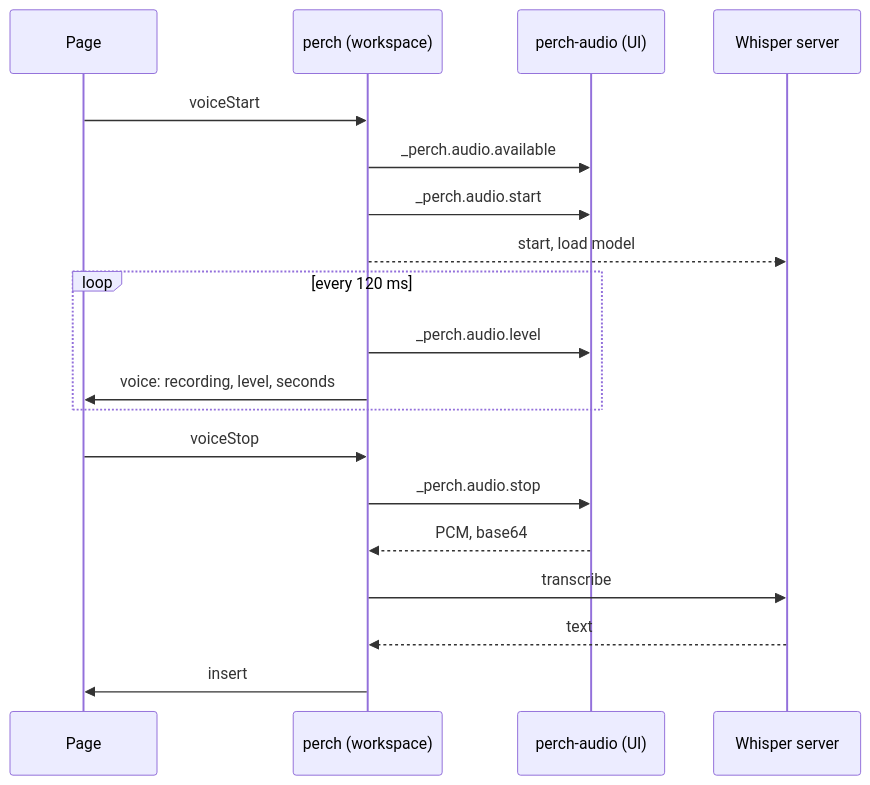
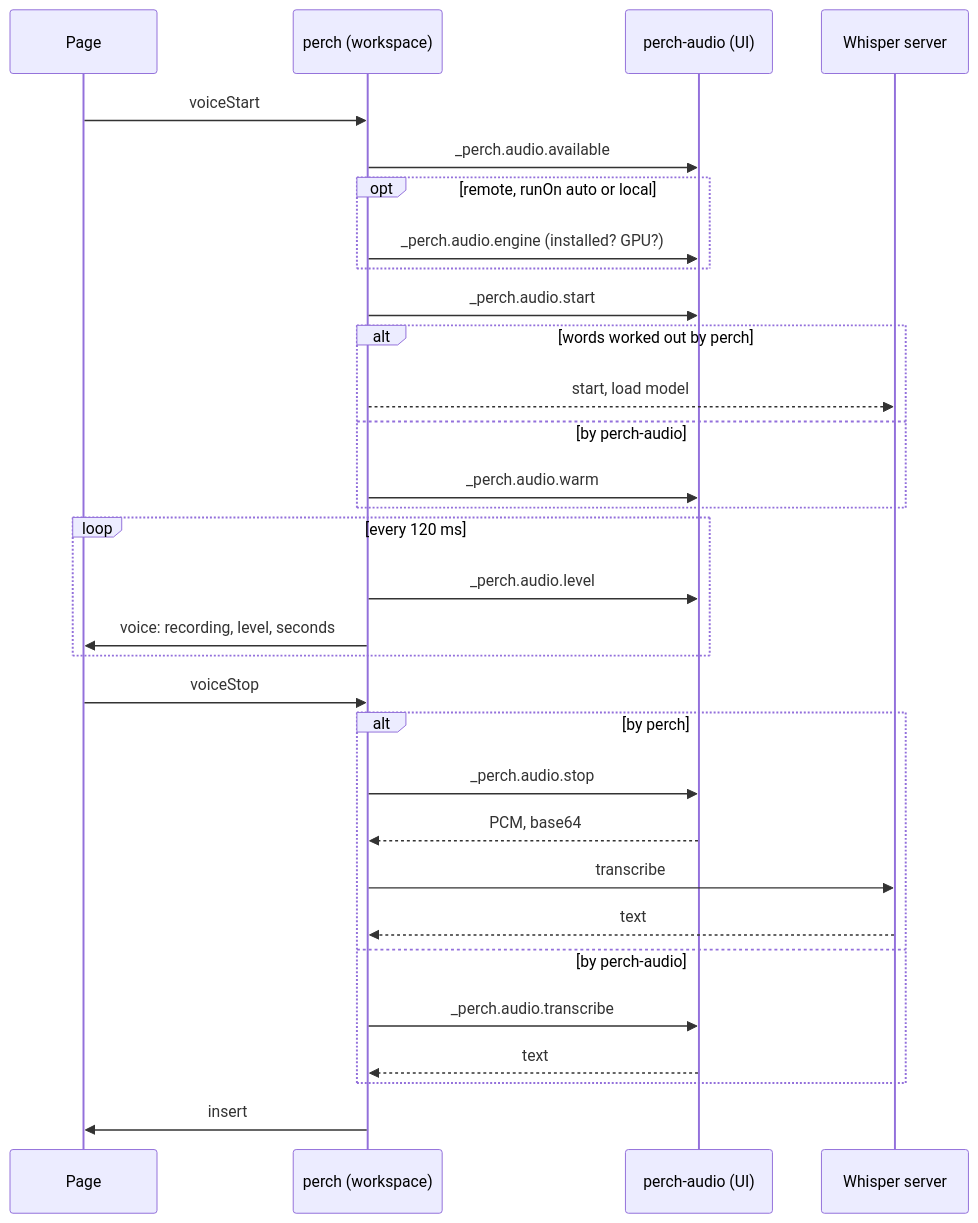
The second of 2 diagrams in design.md (seanahn/perch), drawn with Mermaid before and after one commit. The commit also changed other lines of this file and 26 other files, not shown here.

````diff
--- a/design.md
+++ b/design.md
@@ -717,21 +733,33 @@
 ```mermaid
 sequenceDiagram
   participant Pg as Page
   participant H as perch (workspace)
   participant A as perch-audio (UI)
   participant W as Whisper server
   Pg->>H: voiceStart
   H->>A: _perch.audio.available
+  opt remote, runOn auto or local
+    H->>A: _perch.audio.engine (installed? GPU?)
+  end
   H->>A: _perch.audio.start
-  H-->>W: start, load model
+  alt words worked out by perch
+    H-->>W: start, load model
+  else by perch-audio
+    H->>A: _perch.audio.warm
+  end
   loop every 120 ms
     H->>A: _perch.audio.level
     H->>Pg: voice: recording, level, seconds
   end
   Pg->>H: voiceStop
-  H->>A: _perch.audio.stop
-  A-->>H: PCM, base64
-  H->>W: transcribe
-  W-->>H: text
+  alt by perch
+    H->>A: _perch.audio.stop
+    A-->>H: PCM, base64
+    H->>W: transcribe
+    W-->>H: text
+  else by perch-audio
+    H->>A: _perch.audio.transcribe
+    A-->>H: text
+  end
   H->>Pg: insert
 ```
````
